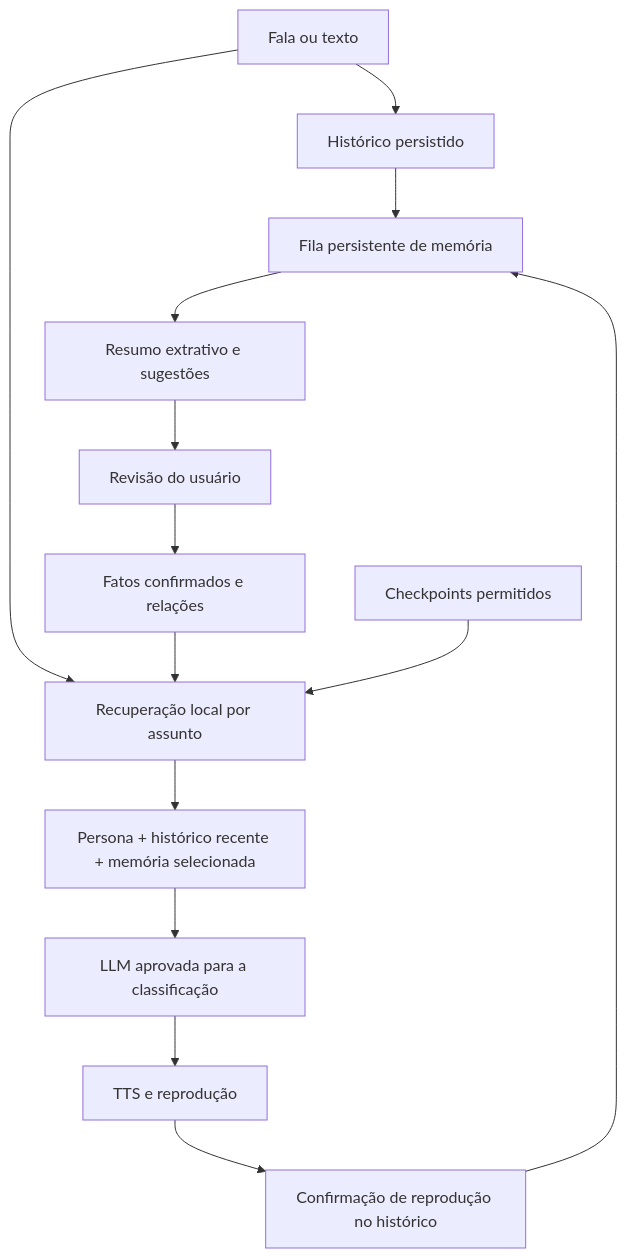
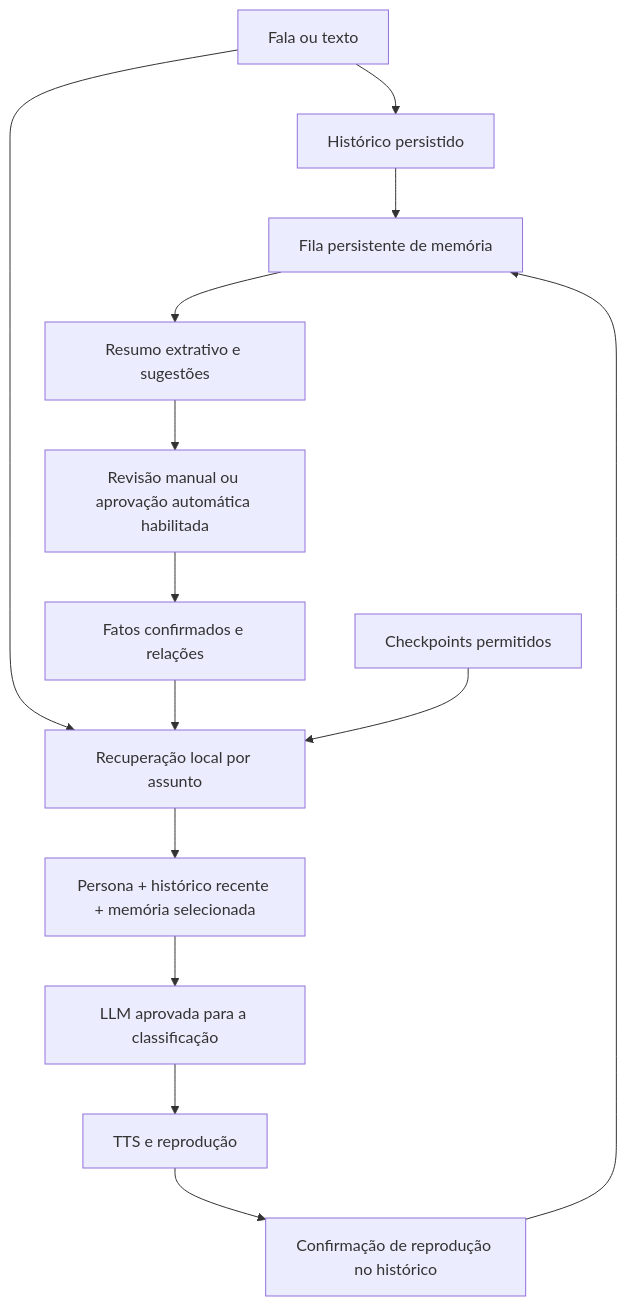
Before and after one commit to Luisgustavopk/Projeto-Sistema-Amadeus: the diagram in docs/architecture/Memoria_Fase_3.md, drawn with Mermaid. The commit also changed other lines of this file and 15 other files, not shown here.

Commit message:
feat(memoria): adicionar aprovação automática opcional

````diff
--- a/docs/architecture/Memoria_Fase_3.md
+++ b/docs/architecture/Memoria_Fase_3.md
@@ -9,16 +9,16 @@
 ```mermaid
 flowchart TD
     A[Fala ou texto] --> B[Histórico persistido]
     A --> C[Recuperação local por assunto]
     F[Fatos confirmados e relações] --> C
     S[Checkpoints permitidos] --> C
     C --> P[Persona + histórico recente + memória selecionada]
     P --> L[LLM aprovada para a classificação]
     L --> T[TTS e reprodução]
     T --> R[Confirmação de reprodução no histórico]
     B --> J[Fila persistente de memória]
     R --> J
     J --> E[Resumo extrativo e sugestões]
-    E --> U[Revisão do usuário]
+    E --> U[Revisão manual ou aprovação automática habilitada]
     U --> F
 ```
````
